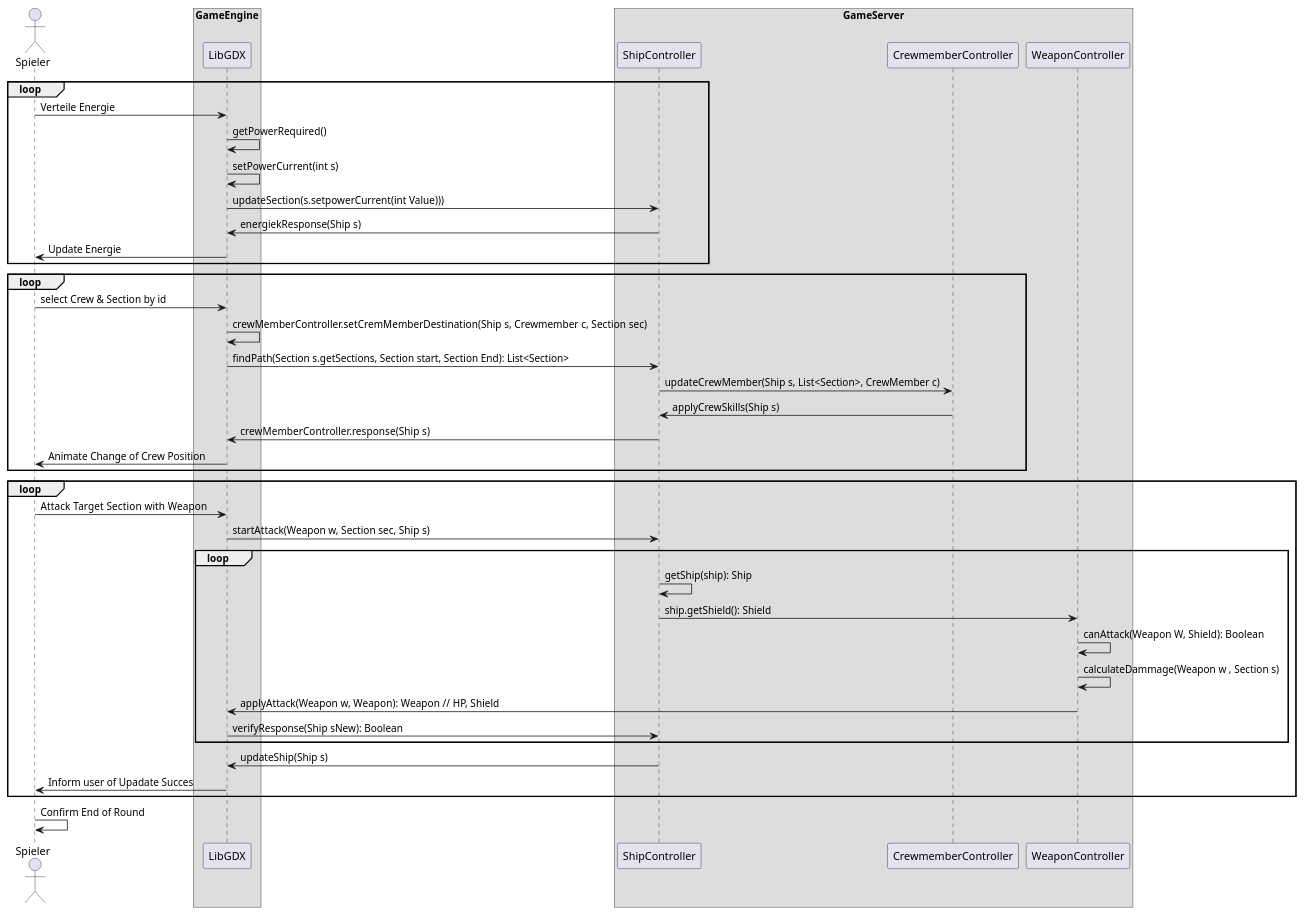
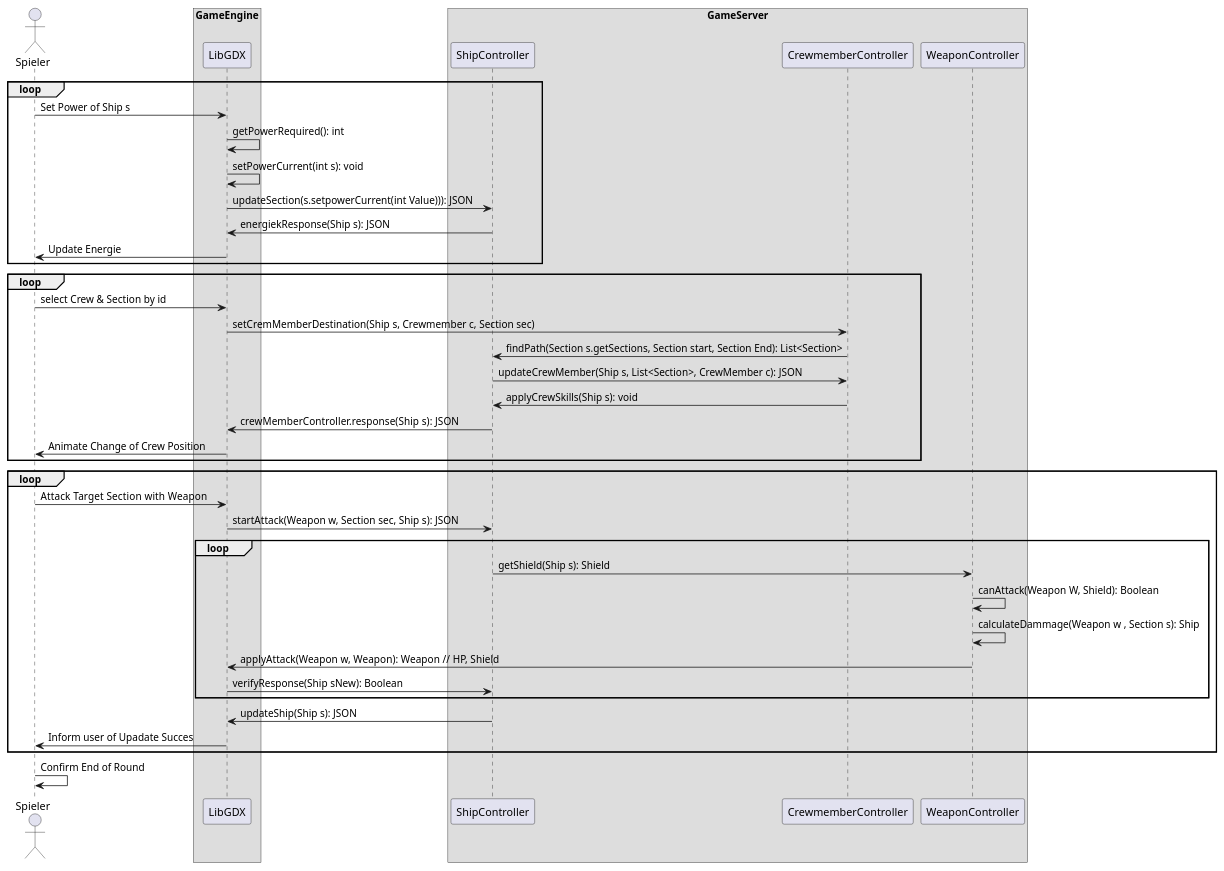
One commit to ksreyr/SpaceStudio changed the first of 3 diagrams in docs/SVGs_org_files/seq.org. Above: the diagram before and after it, drawn with PlantUML. The commit also changed 2 other files, not shown here.

Commit message:
anpassen vom Kampf

```diff
--- a/docs/SVGs_org_files/seq.org
+++ b/docs/SVGs_org_files/seq.org
@@ -4,58 +4,57 @@
 #+BEGIN_SRC plantuml :file kampf.png
 actor Spieler as user
 participant LibGDX as client
 participant ShipController as ship
 participant CrewmemberController as crew
 participant WeaponController as weapon
 
 box "GameEngine"
   participant client
 end box
 
 box "GameServer"
   participant ship
   participant crew
   participant weapon
 end box
 
 
 loop
-user -> client: Verteile Energie
-client -> client: getPowerRequired()
-client -> client: setPowerCurrent(int s)
-client -> ship: updateSection(s.setpowerCurrent(int Value)))
-ship -> client: energiekResponse(Ship s)
+user -> client: Set Power of Ship s
+client -> client: getPowerRequired(): int
+client -> client: setPowerCurrent(int s): void
+client -> ship: updateSection(s.setpowerCurrent(int Value))): JSON
+ship -> client: energiekResponse(Ship s): JSON
 client -> user: Update Energie
 
 end loop
 
 loop
      user -> client: select Crew & Section by id
-     client -> client: crewMemberController.setCremMemberDestination(Ship s, Crewmember c, Section sec)
-     client -> ship: findPath(Section s.getSections, Section start, Section End): List<Section>
-     ship -> crew: updateCrewMember(Ship s, List<Section>, CrewMember c)
-     crew -> ship: applyCrewSkills(Ship s)
-     ship -> client: crewMemberController.response(Ship s)
+     client -> crew: setCremMemberDestination(Ship s, Crewmember c, Section sec)
+     crew -> ship: findPath(Section s.getSections, Section start, Section End): List<Section>
+     ship -> crew: updateCrewMember(Ship s, List<Section>, CrewMember c): JSON
+     crew -> ship: applyCrewSkills(Ship s): void
+     ship -> client: crewMemberController.response(Ship s): JSON
      client -> user: Animate Change of Crew Position
 end loop
 
 loop
 
 user -> client: Attack Target Section with  Weapon
-client -> ship: startAttack(Weapon w, Section sec, Ship s)
+client -> ship: startAttack(Weapon w, Section sec, Ship s): JSON
     loop
-         ship -> ship: getShip(ship): Ship
-         ship -> weapon: ship.getShield(): Shield
+         ship -> weapon: getShield(Ship s): Shield
          weapon -> weapon: canAttack(Weapon W, Shield): Boolean
-         weapon -> weapon: calculateDammage(Weapon w , Section s)
+         weapon -> weapon: calculateDammage(Weapon w , Section s): Ship
          weapon -> client: applyAttack(Weapon w, Weapon): Weapon // HP, Shield
          client -> ship: verifyResponse(Ship sNew): Boolean
     end loop
-    ship -> client: updateShip(Ship s)
+    ship -> client: updateShip(Ship s): JSON
 client -> user: Inform user of Upadate Succes
 end loop
 
 user -> user: Confirm End of Round
 
 
 #+END_SRC
```
